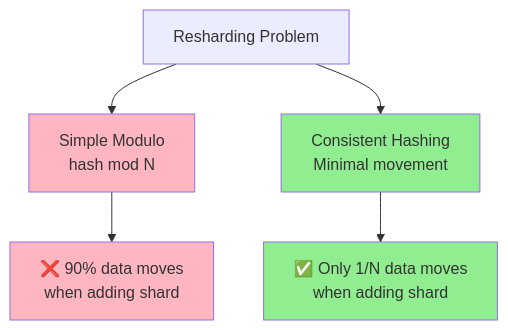
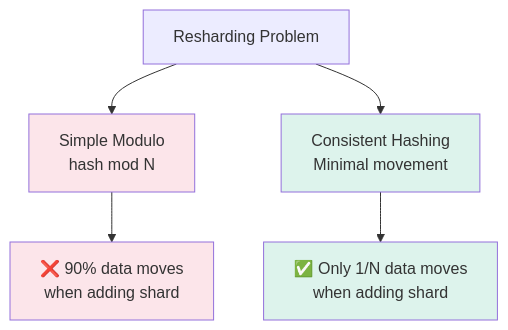
One commit to cartmancodes/InterviewVault changed diagram 20 of 46 in LLD/CoreConcepts/Sharding.md. Above: the diagram before and after it, drawn with Mermaid. The commit also changed other lines of this file and 679 other files, not shown here.

Commit message:
Unify content diagrams and add accessible visual walkthroughs

````diff
--- a/LLD/CoreConcepts/Sharding.md
+++ b/LLD/CoreConcepts/Sharding.md
@@ -522,15 +522,15 @@
 ```mermaid
 graph TB
     PROBLEM[Resharding Problem]
     
     PROBLEM --> SIMPLE[Simple Modulo<br/>hash mod N]
     PROBLEM --> CONSISTENT[Consistent Hashing<br/>Minimal movement]
     
     SIMPLE --> BAD[❌ 90% data moves<br/>when adding shard]
     CONSISTENT --> GOOD[✅ Only 1/N data moves<br/>when adding shard]
     
-    style SIMPLE fill:#FFB6C1
-    style CONSISTENT fill:#90EE90
-    style BAD fill:#FFB6C1
-    style GOOD fill:#90EE90
+    style SIMPLE fill:#FCE5EA
+    style CONSISTENT fill:#DDF3EC
+    style BAD fill:#FCE5EA
+    style GOOD fill:#DDF3EC
 ```
````
